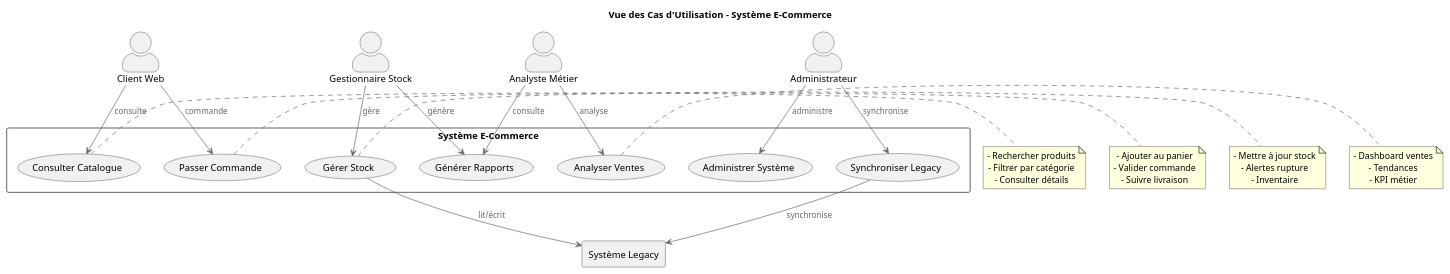
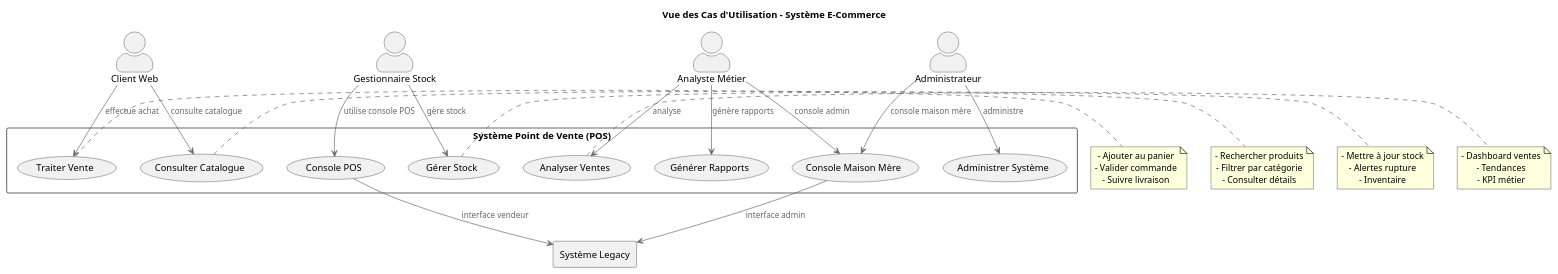
Before and after one commit to tahabeniffou/LOG430_Lab_TB: the diagram in documentation/diagrams/Vue_Cas_Utilisation.puml, drawn with PlantUML. The commit also changed 78 other files, not shown here.

```diff
--- a/documentation/diagrams/Vue_Cas_Utilisation.puml
+++ b/documentation/diagrams/Vue_Cas_Utilisation.puml
@@ -1,62 +1,64 @@
 @startuml Vue_Cas_Utilisation
 !include https://raw.githubusercontent.com/plantuml-stdlib/C4-PlantUML/master/C4_Context.puml
 
 title Vue des Cas d'Utilisation - Système E-Commerce
 
 actor "Client Web" as client
 actor "Gestionnaire Stock" as manager
 actor "Analyste Métier" as analyst
 actor "Administrateur" as admin
 
-rectangle "Système E-Commerce" {
+rectangle "Système Point de Vente (POS)" {
   usecase "Consulter Catalogue" as UC1
-  usecase "Passer Commande" as UC2
+  usecase "Traiter Vente" as UC2
   usecase "Gérer Stock" as UC3
   usecase "Analyser Ventes" as UC4
   usecase "Administrer Système" as UC5
   usecase "Générer Rapports" as UC6
-  usecase "Synchroniser Legacy" as UC7
+  usecase "Console POS" as UC7
+  usecase "Console Maison Mère" as UC8
 }
 
 rectangle "Système Legacy" as legacy
 
-client --> UC1 : consulte
-client --> UC2 : commande
+client --> UC1 : consulte catalogue
+client --> UC2 : effectue achat
 
-manager --> UC3 : gère
-manager --> UC6 : génère
+manager --> UC3 : gère stock
+manager --> UC7 : utilise console POS
 
 analyst --> UC4 : analyse
-analyst --> UC6 : consulte
+analyst --> UC6 : génère rapports
+analyst --> UC8 : console admin
 
 admin --> UC5 : administre
-admin --> UC7 : synchronise
+admin --> UC8 : console maison mère
 
-UC3 --> legacy : lit/écrit
-UC7 --> legacy : synchronise
+UC7 --> legacy : interface vendeur
+UC8 --> legacy : interface admin
 
 note right of UC1
   - Rechercher produits
   - Filtrer par catégorie
   - Consulter détails
 end note
 
 note right of UC2
   - Ajouter au panier
   - Valider commande
   - Suivre livraison
 end note
 
 note right of UC3
   - Mettre à jour stock
   - Alertes rupture
   - Inventaire
 end note
 
 note right of UC4
   - Dashboard ventes
   - Tendances
   - KPI métier
 end note
 
 @enduml
```
